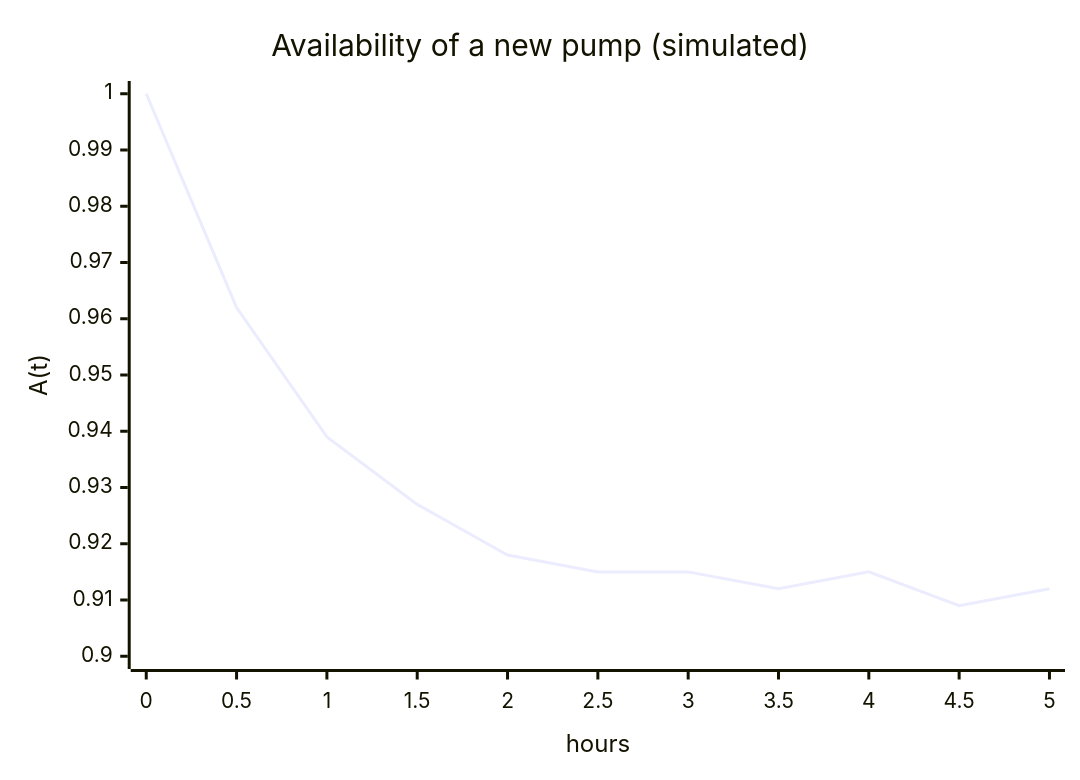
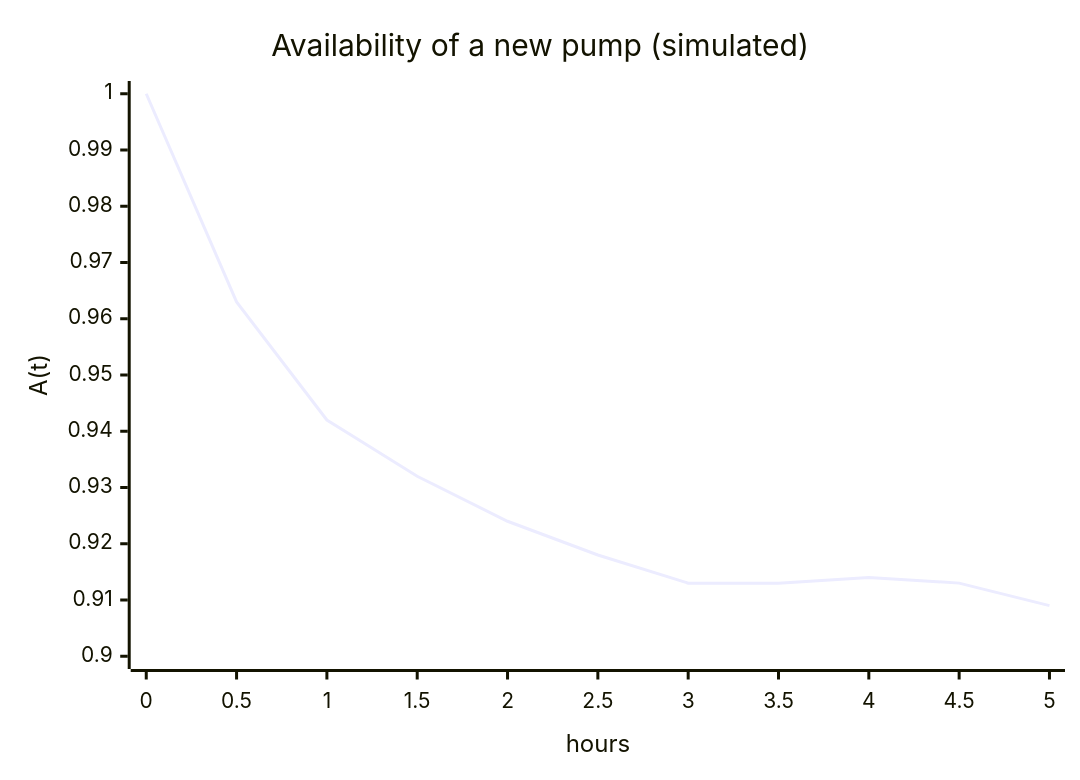
The first of 2 diagrams in docs/learn/availability.md (derrynknife/RePyability), drawn with Mermaid before and after one commit. The commit also changed other lines of this file and 23 other files, not shown here.

````diff
--- a/docs/learn/availability.md
+++ b/docs/learn/availability.md
@@ -217,7 +217,7 @@
 ```mermaid
 xychart-beta
     title "Availability of a new pump (simulated)"
     x-axis "hours" ["0", "0.5", "1", "1.5", "2", "2.5", "3", "3.5", "4", "4.5", "5"]
     y-axis "A(t)" 0.9 --> 1
-    line [1, 0.962, 0.939, 0.927, 0.918, 0.915, 0.915, 0.912, 0.915, 0.909, 0.912]
+    line [1, 0.963, 0.942, 0.932, 0.924, 0.918, 0.913, 0.913, 0.914, 0.913, 0.909]
 ```
````
